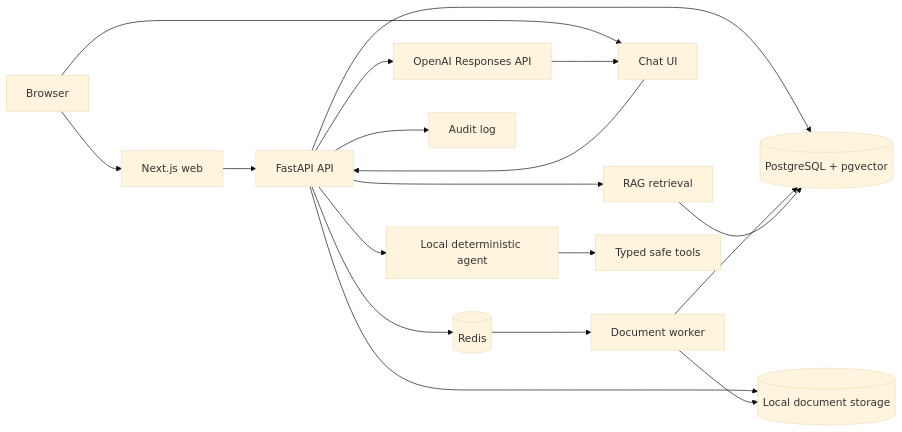
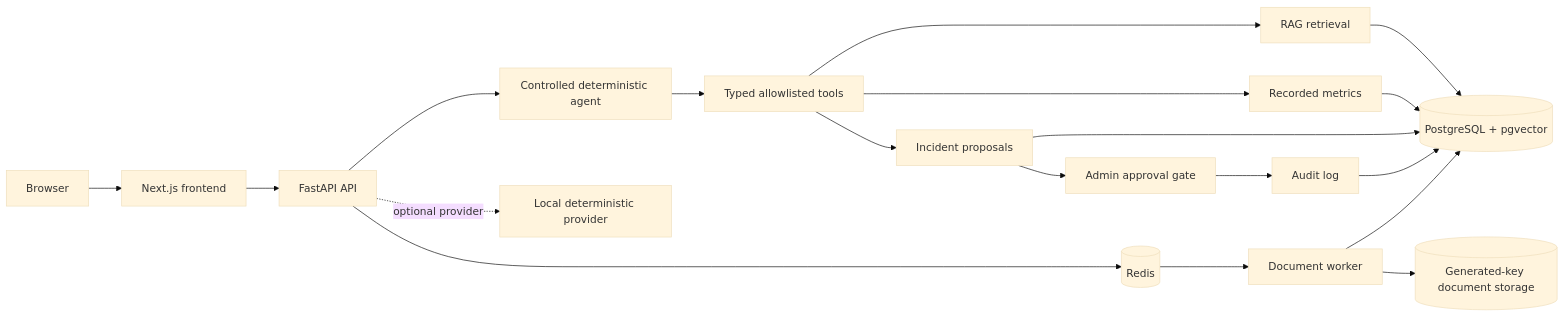
Before and after one commit to SantoshThkr/ops-ai: the diagram in docs/architecture.md, drawn with Mermaid (base theme). The commit also changed other lines of this file and 7 other files, not shown here.

````diff
--- a/docs/architecture.md
+++ b/docs/architecture.md
@@ -3,21 +3,21 @@
 ```mermaid
 flowchart LR
-    Browser[Browser] --> Web[Next.js web]
+    Browser[Browser] --> Web[Next.js frontend]
     Web --> API[FastAPI API]
-    API --> Postgres[(PostgreSQL + pgvector)]
+    API --> Agent[Controlled deterministic agent]
+    Agent --> Tools[Typed allowlisted tools]
+    Tools --> RAG[RAG retrieval]
+    Tools --> Metrics[Recorded metrics]
+    Tools --> Incidents[Incident proposals]
+    Incidents --> Approval[Admin approval gate]
+    Approval --> Audit[Audit log]
+    RAG --> Postgres[(PostgreSQL + pgvector)]
+    Metrics --> Postgres
+    Incidents --> Postgres
+    Audit --> Postgres
     API --> Redis[(Redis)]
-    API --> Storage[(Local document storage)]
     Redis --> Worker[Document worker]
     Worker --> Postgres
-    Worker --> Storage
-
-    Browser --> Chat[Chat UI]
-    Chat --> API
-    API --> Retrieval[RAG retrieval]
-    Retrieval --> Postgres
-    API --> LLM[OpenAI Responses API]
-    LLM --> Chat
-    API --> Agent[Local deterministic agent]
-    Agent --> Tools[Typed safe tools]
-    API --> Audit[Audit log]
+    Worker --> Storage[(Generated-key document storage)]
+    API -. optional provider .-> Local[Local deterministic provider]
 ```
````
